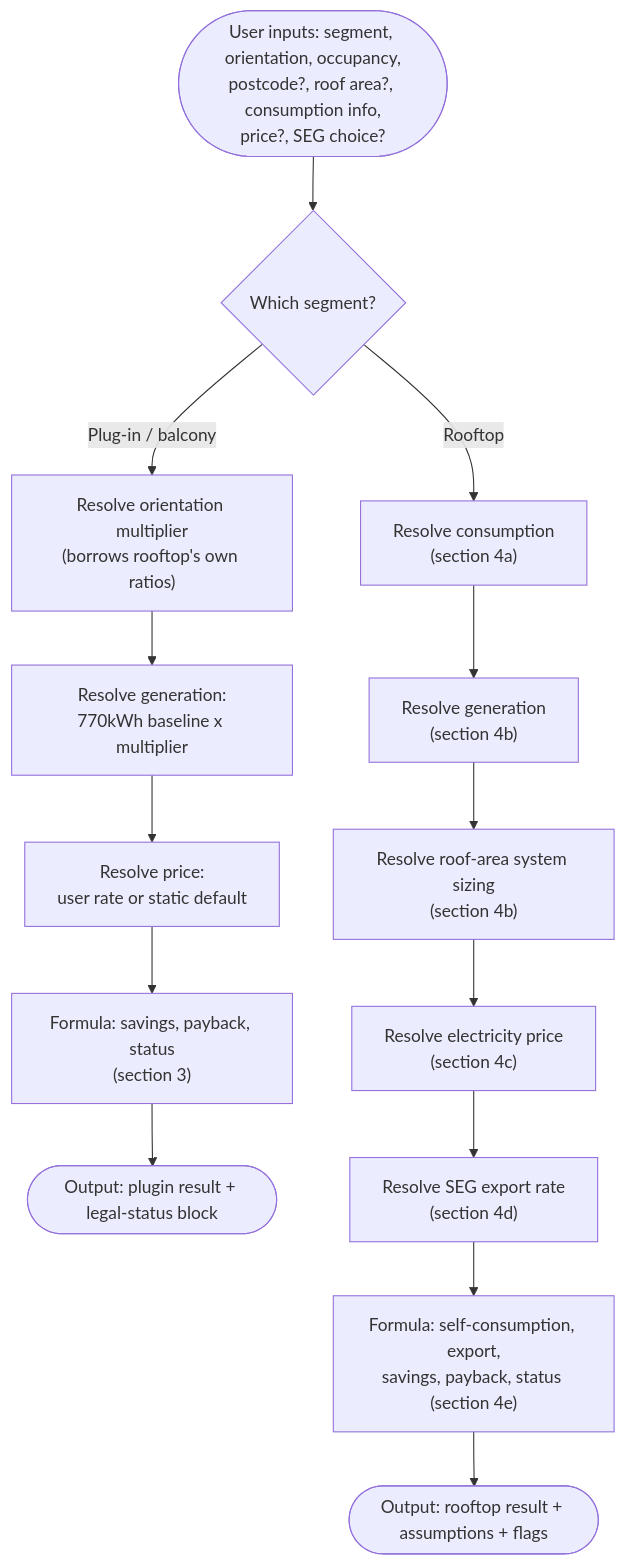
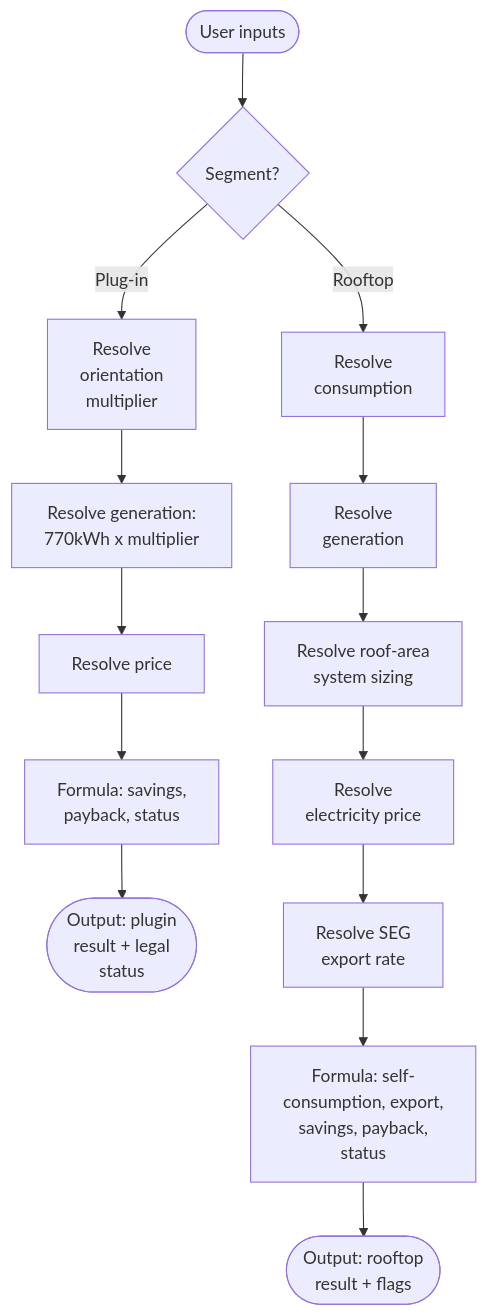
One commit to spallavi-stack/shubha-pm-portfolio changed the first of 7 diagrams in projects/sunnysideup/docs/calculation-logic.md. Above: the diagram before and after it, drawn with Mermaid. The commit also changed other lines of this file, not shown here.

First line of the commit message:
Fix clipped mermaid diagram labels in calculation-logic.md

````diff
--- a/projects/sunnysideup/docs/calculation-logic.md
+++ b/projects/sunnysideup/docs/calculation-logic.md
@@ -44,18 +44,18 @@
 ```mermaid
 flowchart TD
-  Start(["User inputs: segment, orientation, occupancy,<br/>postcode?, roof area?, consumption info,<br/>price?, SEG choice?"]) --> Seg{"Which segment?"}
+  Start(["User inputs"]) --> Seg{"Segment?"}
 
-  Seg -->|"Plug-in / balcony"| P1["Resolve orientation multiplier<br/>(borrows rooftop's own ratios)"]
-  P1 --> P2["Resolve generation:<br/>770kWh baseline x multiplier"]
-  P2 --> P3["Resolve price:<br/>user rate or static default"]
-  P3 --> P4["Formula: savings, payback, status<br/>(section 3)"]
-  P4 --> POut(["Output: plugin result + legal-status block"])
+  Seg -->|"Plug-in"| P1["Resolve<br/>orientation<br/>multiplier"]
+  P1 --> P2["Resolve generation:<br/>770kWh x multiplier"]
+  P2 --> P3["Resolve price"]
+  P3 --> P4["Formula: savings,<br/>payback, status"]
+  P4 --> POut(["Output: plugin<br/>result + legal<br/>status"])
 
-  Seg -->|"Rooftop"| R1["Resolve consumption<br/>(section 4a)"]
-  R1 --> R2["Resolve generation<br/>(section 4b)"]
-  R2 --> R3["Resolve roof-area system sizing<br/>(section 4b)"]
-  R3 --> R4["Resolve electricity price<br/>(section 4c)"]
-  R4 --> R5["Resolve SEG export rate<br/>(section 4d)"]
-  R5 --> R6["Formula: self-consumption, export,<br/>savings, payback, status (section 4e)"]
-  R6 --> ROut(["Output: rooftop result + assumptions + flags"])
+  Seg -->|"Rooftop"| R1["Resolve<br/>consumption"]
+  R1 --> R2["Resolve<br/>generation"]
+  R2 --> R3["Resolve roof-area<br/>system sizing"]
+  R3 --> R4["Resolve<br/>electricity price"]
+  R4 --> R5["Resolve SEG<br/>export rate"]
+  R5 --> R6["Formula: self-<br/>consumption, export,<br/>savings, payback,<br/>status"]
+  R6 --> ROut(["Output: rooftop<br/>result + flags"])
 ```
````
